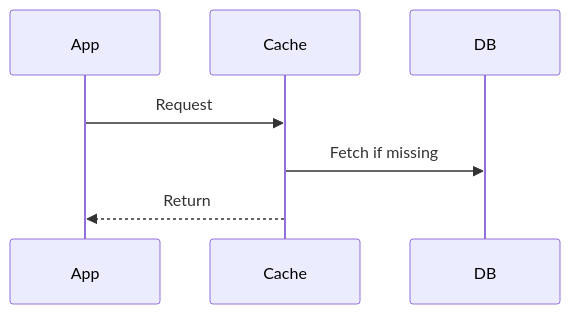
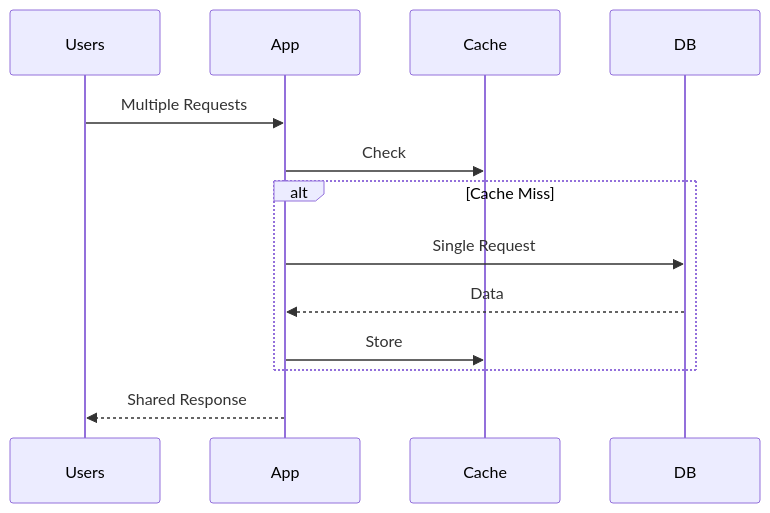
Before and after one commit to spandit230496/design_pattern: the sixth of 10 diagrams in HLD/Concepts/Caching/readme.md, drawn with Mermaid. The commit also changed other lines of this file, not shown here.

Commit message:
add:cache design

````diff
--- a/HLD/Concepts/Caching/readme.md
+++ b/HLD/Concepts/Caching/readme.md
@@ -101,10 +209,18 @@
 ```mermaid
 sequenceDiagram
+    participant Users
     participant App
     participant Cache
     participant DB
 
-    App->>Cache: Request
-    Cache->>DB: Fetch if missing
-    Cache-->>App: Return
+    Users->>App: Multiple Requests
+    App->>Cache: Check
+
+    alt Cache Miss
+        App->>DB: Single Request
+        DB-->>App: Data
+        App->>Cache: Store
+    end
+
+    App-->>Users: Shared Response
 ```
````
